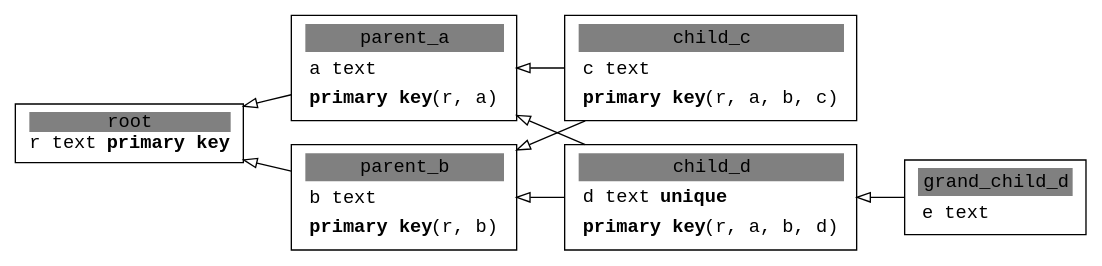
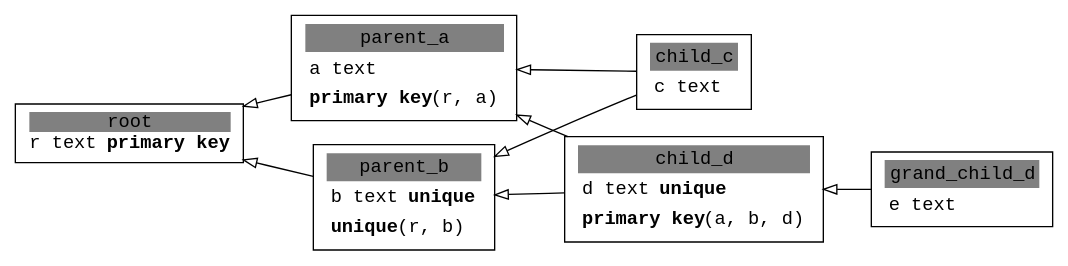
Before and after one commit to collorg/oopg: the diagram in datastruct.gv, drawn with Graphviz. The commit also changed 4 other files, not shown here.

```diff
--- a/datastruct.gv
+++ b/datastruct.gv
@@ -1,18 +1,18 @@
 ##Command to get the layout: "dot -Tpng datastruct.gv > datastruct.png"
 digraph g {
   graph [fontsize=30 labelloc="t" label="" splines=true overlap=false rankdir = "RL"];
   ratio = auto;
   "root" [ style = "filled" penwidth = 1 fillcolor = "white" fontname = "Courier New" shape = "box" label =<<table border="0" cellborder="0" cellpadding="0" bgcolor="white"><tr><td bgcolor="grey" align="center" colspan="2"><font color="black">root</font></td></tr><tr><td align="left" port="r0">r text <b>primary key</b></td></tr></table>> ];
   "parent_a" [ style = "filled" penwidth = 1 fillcolor = "white" fontname = "Courier New" shape = "box" label =<<table border="0" cellborder="0" cellpadding="3" bgcolor="white"><tr><td bgcolor="grey" align="center" colspan="2"><font color="black">parent_a</font></td></tr><tr><td align="left" port="r3">a text</td></tr><tr><td align="left" port="r3"><b>primary key</b>(r, a)</td></tr></table>> ];
-  "parent_b" [ style = "filled" penwidth = 1 fillcolor = "white" fontname = "Courier New" shape = "box" label =<<table border="0" cellborder="0" cellpadding="3" bgcolor="white"><tr><td bgcolor="grey" align="center" colspan="2"><font color="black">parent_b</font></td></tr><tr><td align="left" port="r3">b text</td></tr><tr><td align="left" port="r3"><b>primary key</b>(r, b)</td></tr></table>> ];
-  "child_c" [ style = "filled" penwidth = 1 fillcolor = "white" fontname = "Courier New" shape = "box" label =<<table border="0" cellborder="0" cellpadding="3" bgcolor="white"><tr><td bgcolor="grey" align="center" colspan="2"><font color="black">child_c</font></td></tr><tr><td align="left" port="r3">c text</td></tr><tr><td align="left" port="r3"><b>primary key</b>(r, a, b, c)</td></tr></table>> ];
-  "child_d" [ style = "filled" penwidth = 1 fillcolor = "white" fontname = "Courier New" shape = "box" label =<<table border="0" cellborder="0" cellpadding="3" bgcolor="white"><tr><td bgcolor="grey" align="center" colspan="2"><font color="black">child_d</font></td></tr><tr><td align="left" port="r3">d text <b>unique</b></td></tr><tr><td align="left" port="r3"><b>primary key</b>(r, a, b, d)</td></tr></table>> ];
+  "parent_b" [ style = "filled" penwidth = 1 fillcolor = "white" fontname = "Courier New" shape = "box" label =<<table border="0" cellborder="0" cellpadding="3" bgcolor="white"><tr><td bgcolor="grey" align="center" colspan="2"><font color="black">parent_b</font></td></tr><tr><td align="left" port="r3">b text <b>unique</b></td></tr><tr><td align="left" port="r3"><b>unique</b>(r, b)</td></tr></table>> ];
+  "child_c" [ style = "filled" penwidth = 1 fillcolor = "white" fontname = "Courier New" shape = "box" label =<<table border="0" cellborder="0" cellpadding="3" bgcolor="white"><tr><td bgcolor="grey" align="center" colspan="2"><font color="black">child_c</font></td></tr><tr><td align="left" port="r3">c text</td></tr></table>> ];
+  "child_d" [ style = "filled" penwidth = 1 fillcolor = "white" fontname = "Courier New" shape = "box" label =<<table border="0" cellborder="0" cellpadding="3" bgcolor="white"><tr><td bgcolor="grey" align="center" colspan="2"><font color="black">child_d</font></td></tr><tr><td align="left" port="r3">d text <b>unique</b></td></tr><tr><td align="left" port="r3"><b>primary key</b>(a, b, d)</td></tr></table>> ];
   "grand_child_d" [ style = "filled" penwidth = 1 fillcolor = "white" fontname = "Courier New" shape = "box" label =<<table border="0" cellborder="0" cellpadding="3" bgcolor="white"><tr><td bgcolor="grey" align="center" colspan="2"><font color="black">grand_child_d</font></td></tr><tr><td align="left" port="r3">e text</td></tr></table>> ];
   parent_a -> root [ arrowhead = "onormal" ];
   parent_b -> root [ arrowhead = "onormal" ];
   child_c -> parent_a [ arrowhead = "onormal" ];
   child_c -> parent_b [ arrowhead = "onormal" ];
   child_d -> parent_a [ arrowhead = "onormal" ];
   child_d -> parent_b [ arrowhead = "onormal" ];
   grand_child_d -> child_d [ arrowhead = "onormal" ];
 }
```
